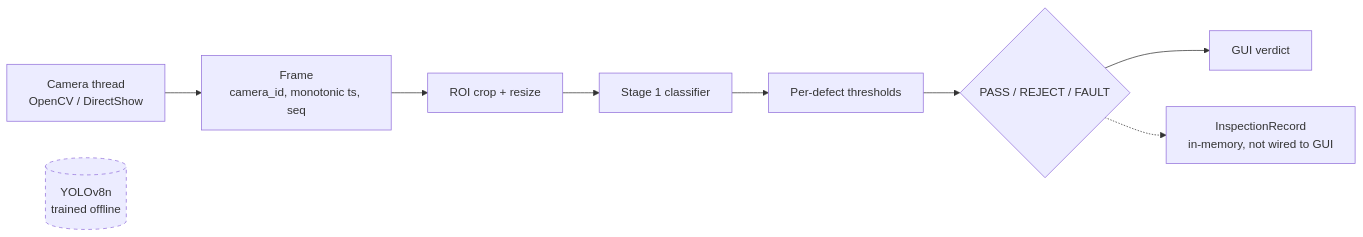
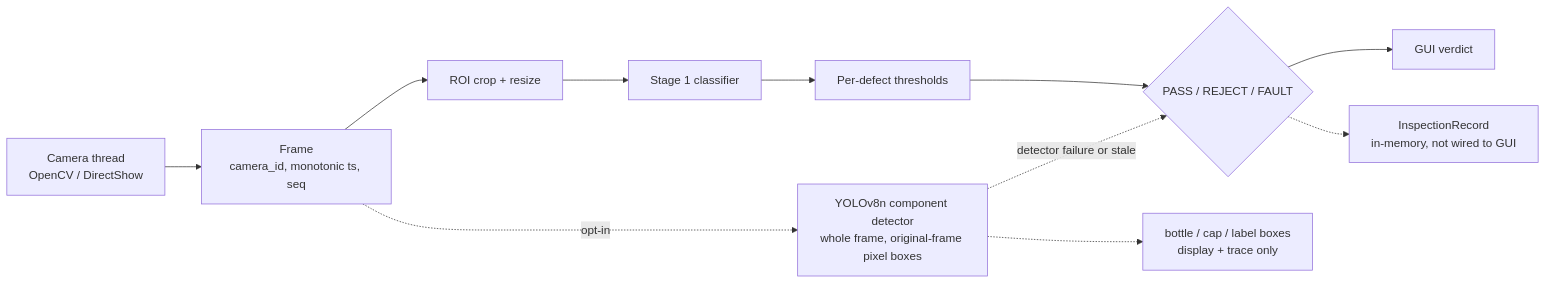
Before and after one commit to ombhagwat18/ABVIS_PROJECT_BETA2.0: the first of 2 diagrams in README.md, drawn with Mermaid. The commit also changed other lines of this file and 20 other files, not shown here.

Commit message:
feat: PLC interface, detection runtime, fail-safe inference and roadmap updates

````diff
--- a/README.md
+++ b/README.md
@@ -80,12 +87,13 @@
 ```mermaid
 flowchart LR
     CAM[Camera thread<br/>OpenCV / DirectShow] --> FR[Frame<br/>camera_id, monotonic ts, seq]
     FR --> PRE[ROI crop + resize]
     PRE --> CLS[Stage 1 classifier]
     CLS --> DEC[Per-defect thresholds]
     DEC --> ST{PASS / REJECT / FAULT}
     ST --> GUI[GUI verdict]
     ST -.-> TR[InspectionRecord<br/>in-memory, not wired to GUI]
-    YOLO[(YOLOv8n<br/>trained offline)]:::off
-    classDef off stroke-dasharray: 5 5
+    FR -.->|opt-in| DET[YOLOv8n component detector<br/>whole frame, original-frame pixel boxes]
+    DET -.-> BOX[bottle / cap / label boxes<br/>display + trace only]
+    DET -.->|detector failure or stale| ST
 ```
````
